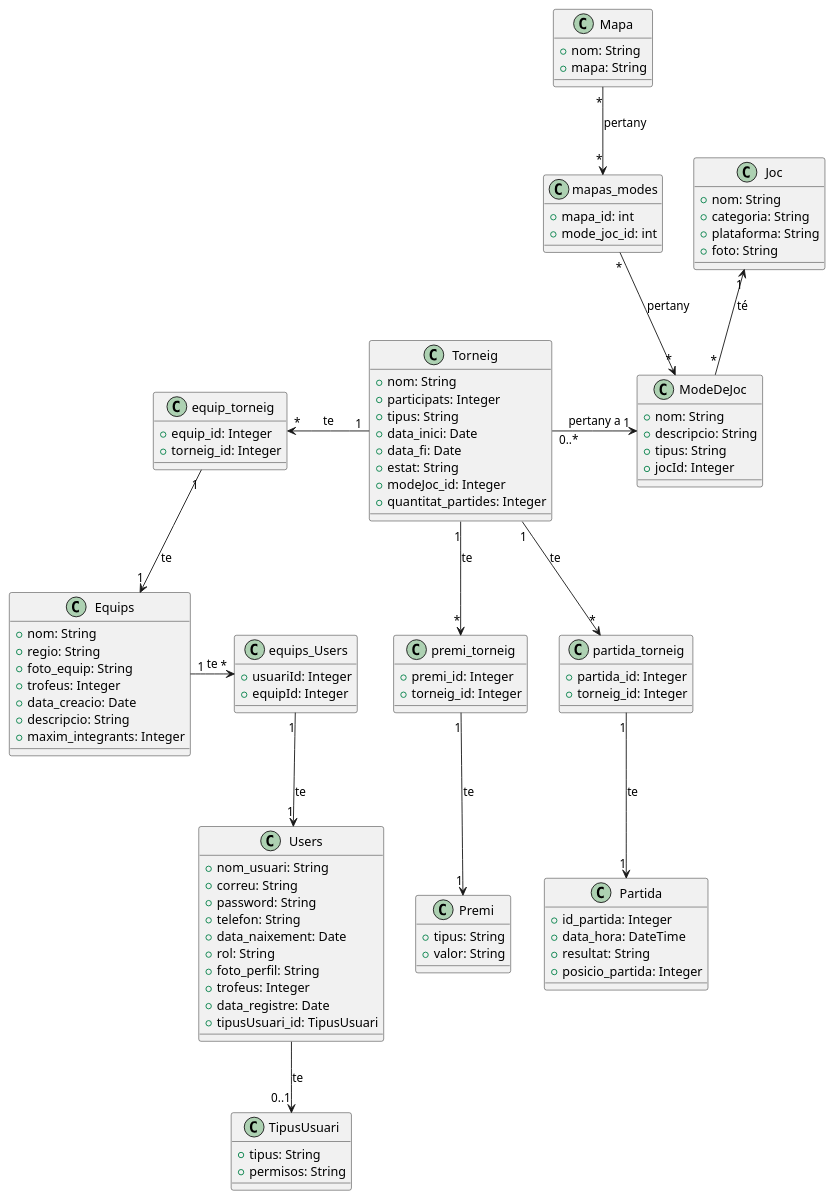
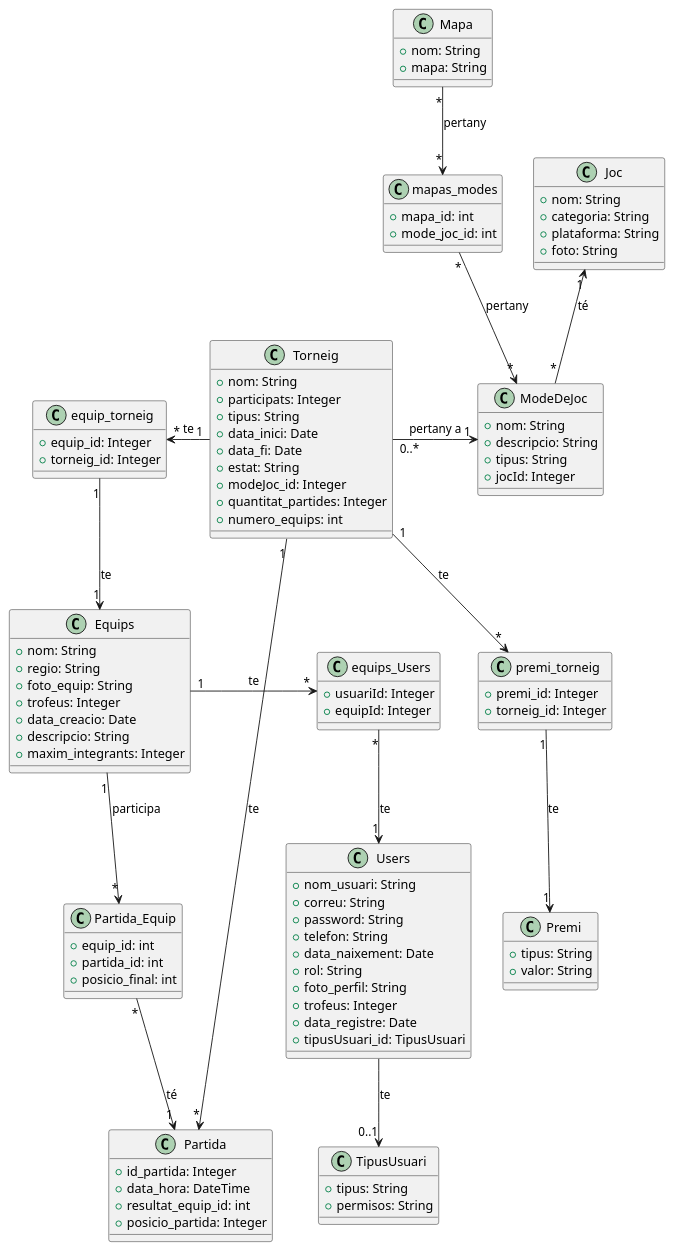
Before and after one commit to raularroyoguardia/tourneyMaster: the diagram in si.puml, drawn with PlantUML. The commit also changed 118 other files, not shown here.

```diff
--- a/si.puml
+++ b/si.puml
@@ -1,119 +1,120 @@
 @startuml
 
 class Users {
    +nom_usuari: String
    +correu: String
    +password: String
    +telefon: String
    +data_naixement: Date
    +rol: String
    +foto_perfil: String
    +trofeus: Integer
    +data_registre: Date
    +tipusUsuari_id: TipusUsuari
 }
 
 class TipusUsuari {
    +tipus: String
    +permisos: String
 }
 
 class Mapa {
    +nom: String
    +mapa: String
 }
 
 class mapas_modes {
    +mapa_id: int
    +mode_joc_id: int
 }
 
 class Equips {
    +nom: String
    +regio: String
    +foto_equip: String
    +trofeus: Integer
    +data_creacio: Date
    +descripcio: String
    +maxim_integrants: Integer
 }
 
 class Torneig {
    +nom: String
    +participats: Integer
    +tipus: String
    +data_inici: Date
    +data_fi: Date
    +estat: String
    +modeJoc_id: Integer
    +quantitat_partides: Integer
+   +numero_equips: int
 }
 
 class premi_torneig {
    +premi_id: Integer
-   +torneig_id: Integer
-}
-
-class partida_torneig {
-   +partida_id: Integer
    +torneig_id: Integer
 }
 
 class equip_torneig {
    +equip_id: Integer
    +torneig_id: Integer
 }
 
 class equips_Users {
    +usuariId: Integer
    +equipId: Integer
 }
 
 class Joc {
    +nom: String
    +categoria: String
    +plataforma: String
    +foto: String
 }
 
 class ModeDeJoc {
    +nom: String
    +descripcio: String
    +tipus: String
    +jocId: Integer
 }
 
 class Partida {
    +id_partida: Integer
    +data_hora: DateTime
-   +resultat: String
+   +resultat_equip_id: int
    +posicio_partida: Integer
 }
 
 class Premi {
    +tipus: String
    +valor: String
+}
+
+class Partida_Equip {
+   +equip_id: int
+   +partida_id: int
+   +posicio_final: int
 }
 
 Users --> "0..1" TipusUsuari : te
 Torneig "0..*" -right-> "1" ModeDeJoc : pertany a
 Joc "1" <-- "*" ModeDeJoc : té
 
 Torneig "1" -left-> "*" equip_torneig : te
 equip_torneig "1" --> "1" Equips : te
 
 Equips "1" -right-> "*" equips_Users : te
-equips_Users "1" --> "1" Users : te
+equips_Users "*" --> "1" Users : te
 
 Torneig "1" --> "*" premi_torneig : te
 premi_torneig "1" --> "1" Premi : te
 
-Torneig "1" --> "*" partida_torneig : te
-partida_torneig "1" --> "1" Partida : te
+Torneig "1" --> "*" Partida : te
 
 Mapa "*" --> "*" mapas_modes : pertany
 mapas_modes "*" --> "*" ModeDeJoc : pertany
 
-
-
+Partida_Equip "*" --> "1" Partida : té
+Equips "1" --> "*" "Partida_Equip" : participa
 @enduml
```
